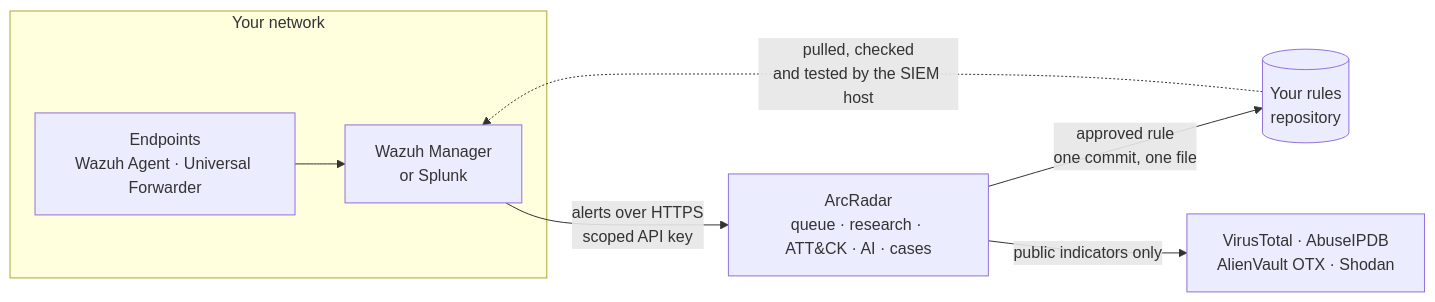
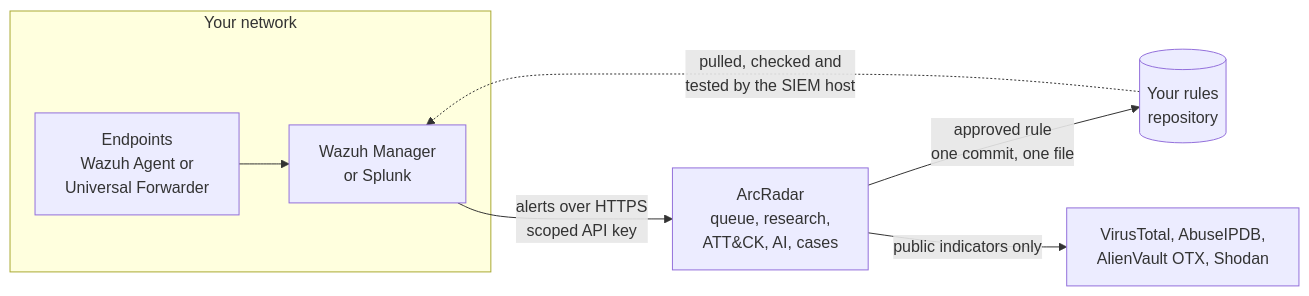
The diagram in README.md (aqsin1337/ArcRadar), drawn with Mermaid before and after one commit. The commit also changed other lines of this file, not shown here.

Commit message:
README: captions in the screenshot table's header, tidier diagram labels

````diff
--- a/README.md
+++ b/README.md
@@ -49,10 +49,10 @@
 ```mermaid
 flowchart LR
     subgraph NET["Your network"]
-        EP["Endpoints<br/>Wazuh Agent · Universal Forwarder"] --> SIEM["Wazuh Manager<br/>or Splunk"]
+        EP["Endpoints<br/>Wazuh Agent or<br/>Universal Forwarder"] --> SIEM["Wazuh Manager<br/>or Splunk"]
     end
-    SIEM -- "alerts over HTTPS<br/>scoped API key" --> ARC["ArcRadar<br/>queue · research · ATT#amp;CK · AI · cases"]
+    SIEM -- "alerts over HTTPS<br/>scoped API key" --> ARC["ArcRadar<br/>queue, research,<br/>ATT#amp;CK, AI, cases"]
     ARC -- "approved rule<br/>one commit, one file" --> GH[("Your rules<br/>repository")]
-    GH -. "pulled, checked<br/>and tested by the SIEM host" .-> SIEM
-    ARC -- "public indicators only" --> TI["VirusTotal · AbuseIPDB<br/>AlienVault OTX · Shodan"]
+    GH -. "pulled, checked and<br/>tested by the SIEM host" .-> SIEM
+    ARC -- "public indicators only" --> TI["VirusTotal, AbuseIPDB,<br/>AlienVault OTX, Shodan"]
 ```
````
